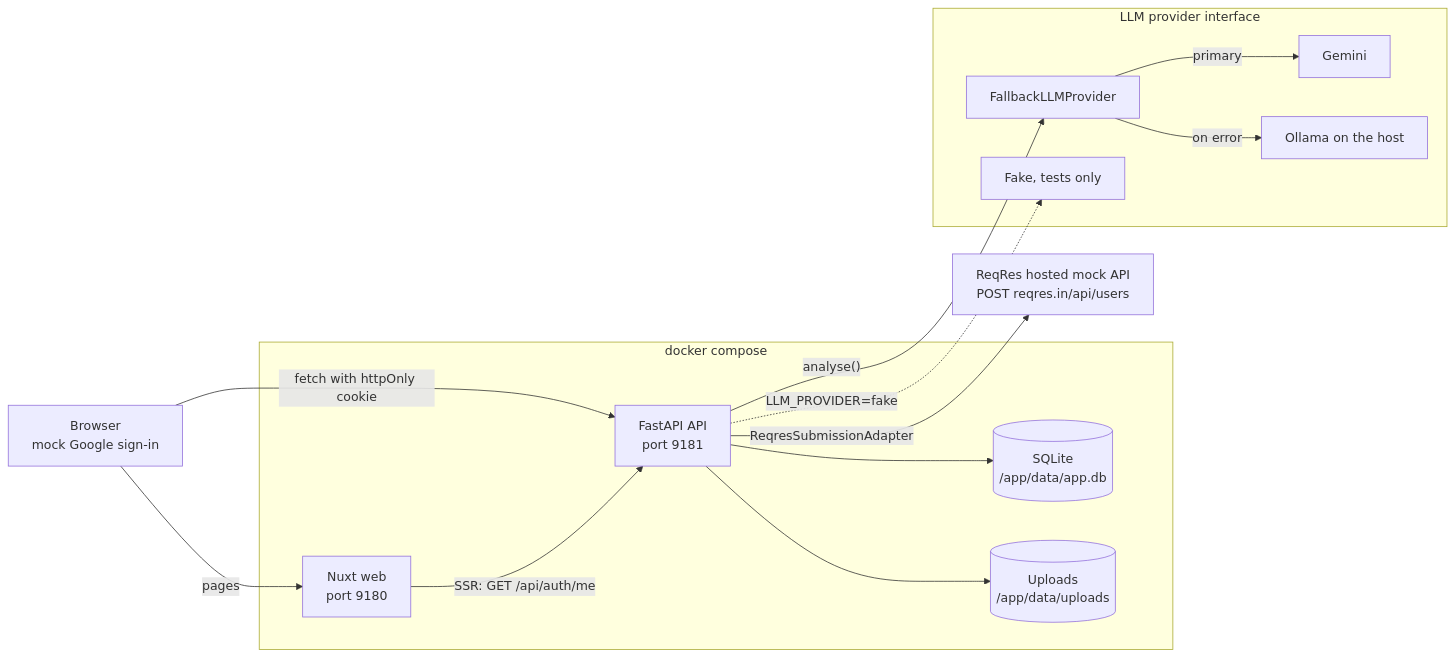
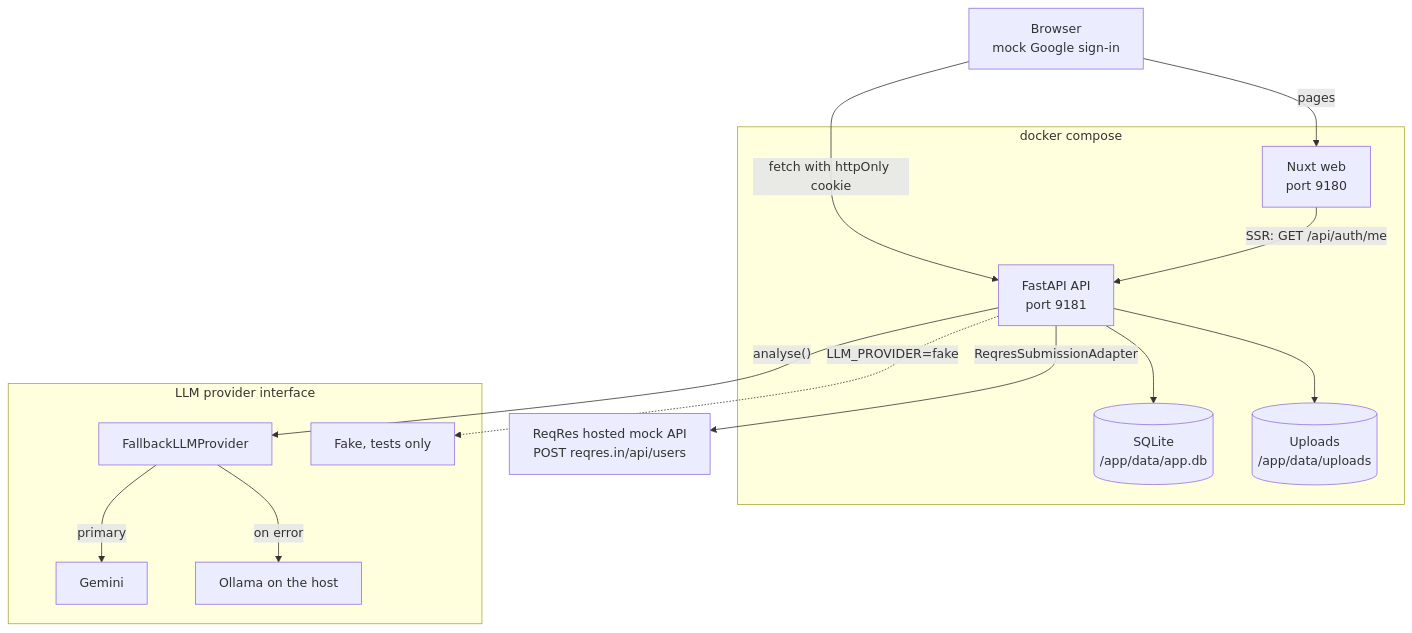
Before and after one commit to SDCC-Ken/scmp-ai-assignment-2026-ken-chan-kwan-wing: the first of 4 diagrams in docs/architecture.md, drawn with Mermaid. The commit also changed other lines of this file and 5 other files, not shown here.

First line of the commit message:
docs: final review, align docs with the built behaviour and fix diagram layout

````diff
--- a/docs/architecture.md
+++ b/docs/architecture.md
@@ -8,28 +8,28 @@
 ```mermaid
-flowchart LR
+flowchart TB
     browser["Browser<br/>mock Google sign-in"]
     subgraph compose["docker compose"]
         web["Nuxt web<br/>port 9180"]
         api["FastAPI API<br/>port 9181"]
         sqlite[("SQLite<br/>/app/data/app.db")]
         uploads[("Uploads<br/>/app/data/uploads")]
     end
+    reqres["ReqRes hosted mock API<br/>POST reqres.in/api/users"]
     subgraph llm["LLM provider interface"]
         fallback["FallbackLLMProvider"]
         gemini["Gemini"]
         ollama["Ollama on the host"]
         fake["Fake, tests only"]
     end
-    reqres["ReqRes hosted mock API<br/>POST reqres.in/api/users"]
 
     browser -->|"pages"| web
     browser -->|"fetch with httpOnly cookie"| api
     web -->|"SSR: GET /api/auth/me"| api
     api --> sqlite
     api --> uploads
+    api -->|"ReqresSubmissionAdapter"| reqres
     api -->|"analyse()"| fallback
+    api -.->|"LLM_PROVIDER=fake"| fake
     fallback -->|"primary"| gemini
     fallback -->|"on error"| ollama
-    api -.->|"LLM_PROVIDER=fake"| fake
-    api -->|"ReqresSubmissionAdapter"| reqres
 ```
````
